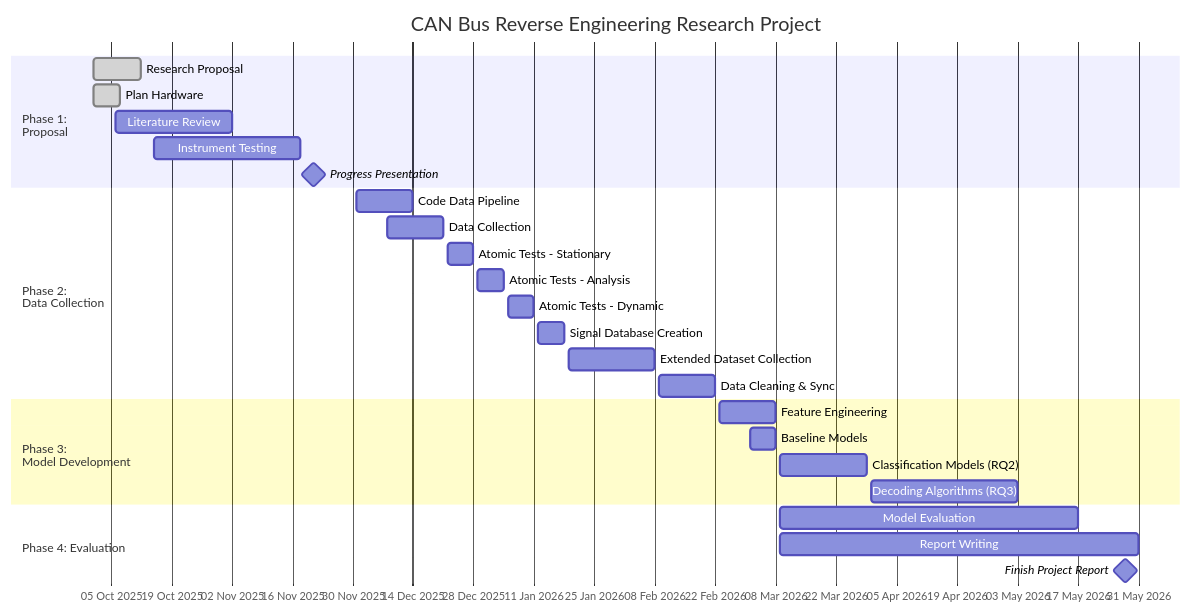
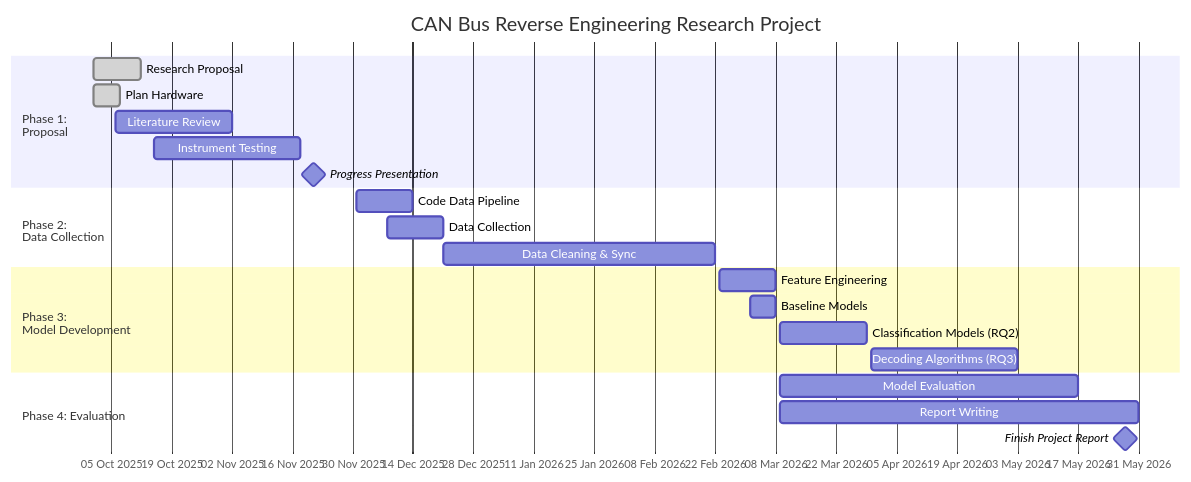
The diagram in README.md (CraigAA/CAN_Reverse_Engineering_Project), drawn with Mermaid before and after one commit.

````diff
--- a/README.md
+++ b/README.md
@@ -2,34 +2,29 @@
 ```mermaid
 gantt
     title CAN Bus Reverse Engineering Research Project
     dateFormat  YYYY-MM-DD
     axisFormat  %d %b %Y
     tickInterval 2week
     section Phase 1:<br>Proposal
     Research Proposal           :done, rp, 2025-10-01, 2025-10-12
     Plan Hardware               :done, oh, 2025-10-01, 2025-10-07
     Literature Review           :lr, 2025-10-06, 2025-11-02
     Instrument Testing          :it, 2025-10-15, 2025-11-18
     Progress Presentation       :milestone, pp, 2025-11-19, 2025-11-23
 
     section Phase 2:<br>Data Collection
     Code Data Pipeline          :dp, 2025-12-01, 2025-12-14
-    Data Collection             :pt, 2025-12-08, 2025-12-21
-    Atomic Tests - Stationary   :as, 2025-12-22, 2025-12-28
-    Atomic Tests - Analysis     :aa, 2025-12-29, 2026-01-04
-    Atomic Tests - Dynamic      :ad, 2026-01-05, 2026-01-11
-    Signal Database Creation    :sd, 2026-01-12, 2026-01-18
-    Extended Dataset Collection :ed, 2026-01-19, 2026-02-08
-    Data Cleaning & Sync        :dc, 2026-02-09, 2026-02-22
+    Data Collection             :dc, 2025-12-08, 2025-12-21
+    Data Cleaning & Sync        :dc, 2025-12-21, 2026-02-22
 
     section Phase 3:<br>Model Development
     Feature Engineering         :fe, 2026-02-23, 2026-03-08
     Baseline Models             :bm, 2026-03-02, 2026-03-08
     Classification Models (RQ2) :cm, 2026-03-09, 2026-03-29
     Decoding Algorithms (RQ3)   :da, 2026-03-30, 2026-05-03
 
     section Phase 4: Evaluation
     Model Evaluation            :ce, 2026-03-09, 2026-05-17
     Report Writing              :wr, 2026-03-09, 2026-05-31
     Finish Project Report       :milestone, fta, 2026-05-25, 2026-05-31
 ```
````
